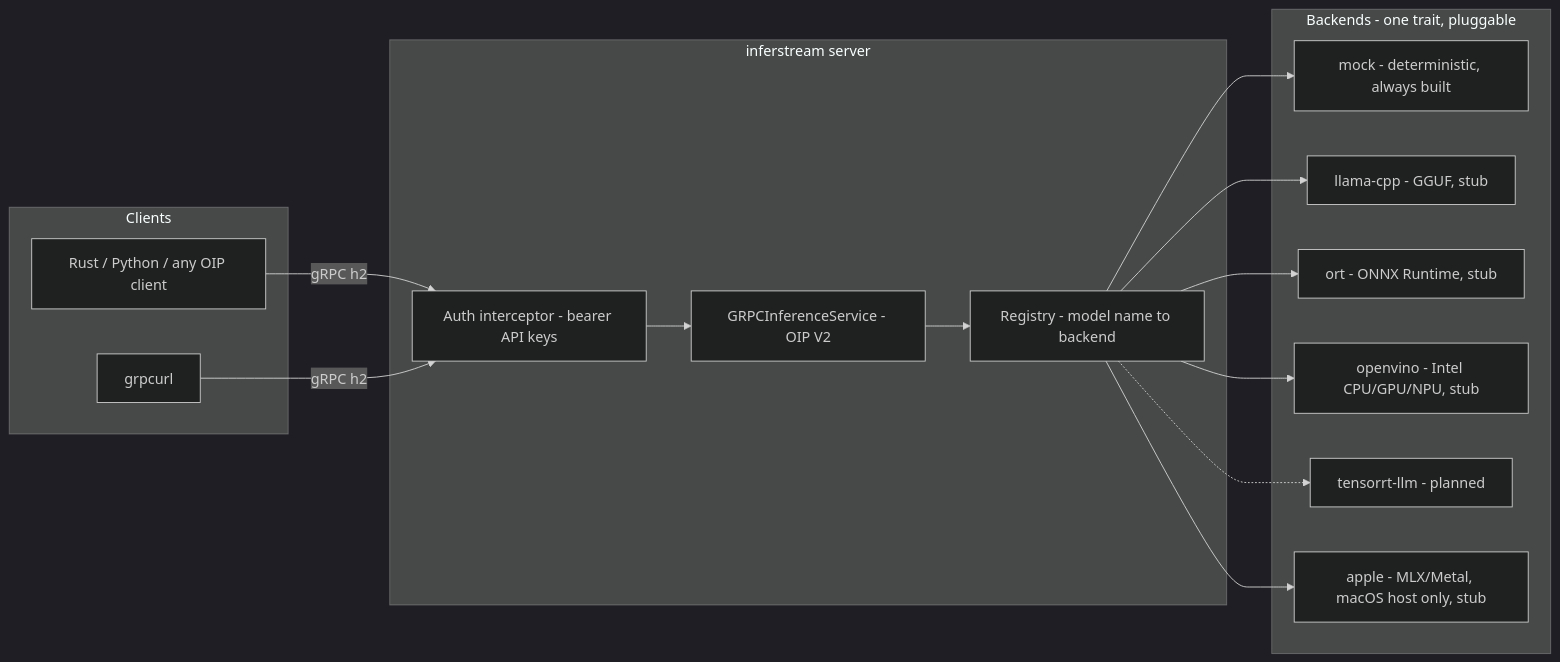
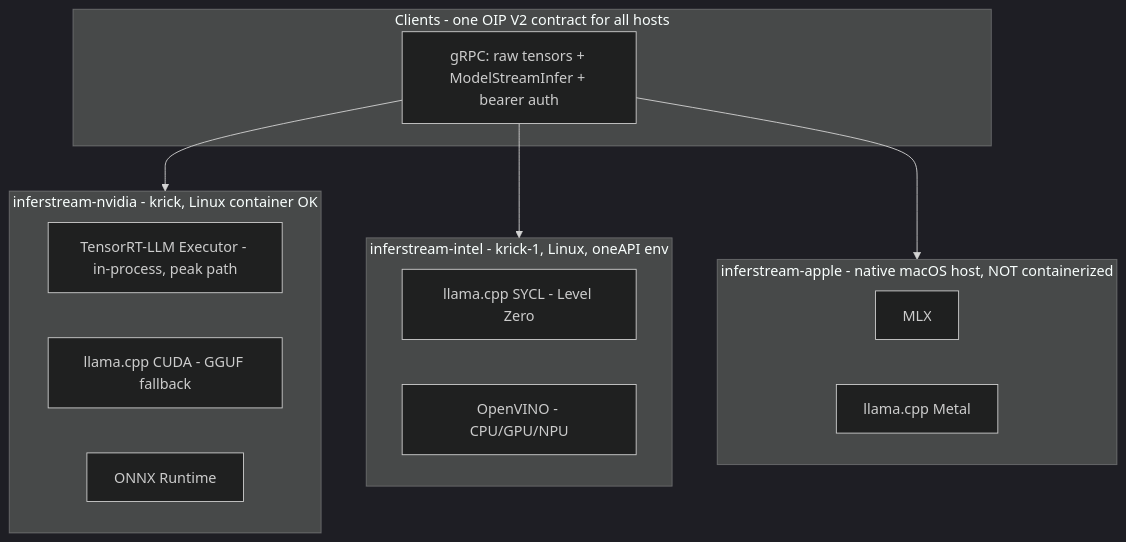
Before and after one commit to ai-pipestream/turboembed: the diagram in README.md, drawn with Mermaid (dark theme). The commit also changed other lines of this file and 2 other files, not shown here.

````diff
--- a/README.md
+++ b/README.md
@@ -11,33 +18,26 @@
 ```mermaid
-flowchart LR
-    subgraph clients [Clients]
-        C1[Rust / Python / any OIP client]
-        C2[grpcurl]
+flowchart TB
+    subgraph clients [Clients - one OIP V2 contract for all hosts]
+        C[gRPC: raw tensors + ModelStreamInfer + bearer auth]
     end
 
-    subgraph inferstream [inferstream server]
-        AUTH[Auth interceptor - bearer API keys]
-        SVC[GRPCInferenceService - OIP V2]
-        REG[Registry - model name to backend]
+    subgraph nvidia [inferstream-nvidia - krick, Linux container OK]
+        N1[TensorRT-LLM Executor - in-process, peak path]
+        N2[llama.cpp CUDA - GGUF fallback]
+        N3[ONNX Runtime]
     end
 
-    subgraph backends [Backends - one trait, pluggable]
-        MOCK[mock - deterministic, always built]
-        LLAMA[llama-cpp - GGUF, stub]
-        ORT[ort - ONNX Runtime, stub]
-        OV[openvino - Intel CPU/GPU/NPU, stub]
-        TRT[tensorrt-llm - planned]
-        APPLE[apple - MLX/Metal, macOS host only, stub]
+    subgraph intel [inferstream-intel - krick-1, Linux, oneAPI env]
+        I1[llama.cpp SYCL - Level Zero]
+        I2[OpenVINO - CPU/GPU/NPU]
     end
 
-    C1 -->|gRPC h2| AUTH
-    C2 -->|gRPC h2| AUTH
-    AUTH --> SVC
-    SVC --> REG
-    REG --> MOCK
-    REG --> LLAMA
-    REG --> ORT
-    REG --> OV
-    REG -.-> TRT
-    REG --> APPLE
+    subgraph apple [inferstream-apple - native macOS host, NOT containerized]
+        A1[MLX]
+        A2[llama.cpp Metal]
+    end
+
+    C --> nvidia
+    C --> intel
+    C --> apple
 ```
````
